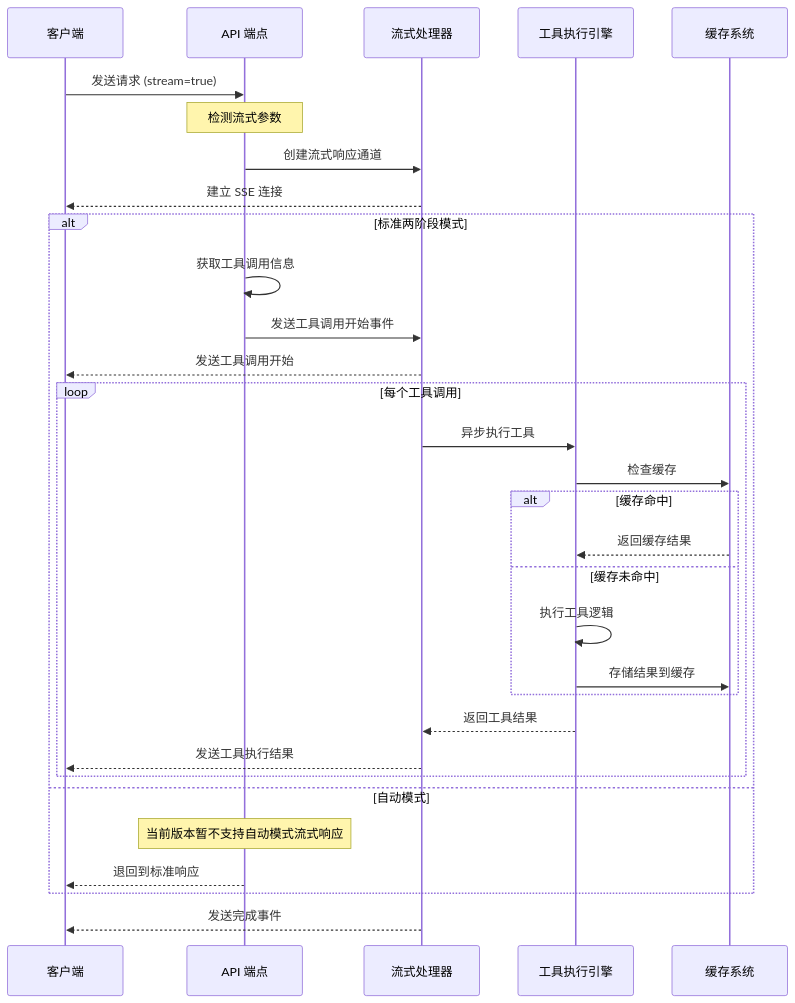
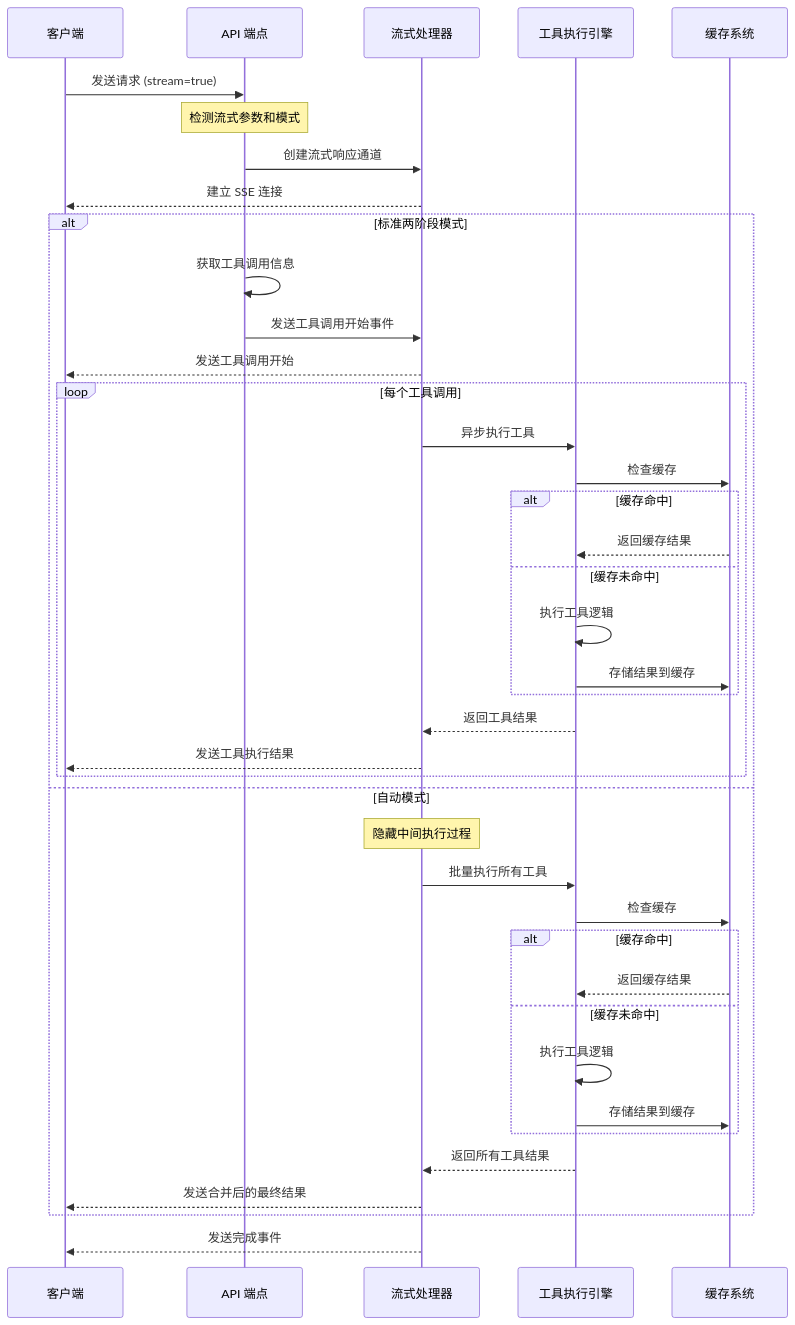
One commit to DellDi/tools-aigc changed the first of 2 diagrams in docs/streaming.md. Above: the diagram before and after it, drawn with Mermaid. The commit also changed other lines of this file and 4 other files, not shown here.

````diff
--- a/docs/streaming.md
+++ b/docs/streaming.md
@@ -13,42 +13,54 @@
 ```mermaid
 sequenceDiagram
     participant Client as 客户端
     participant API as API 端点
     participant Stream as 流式处理器
     participant Tools as 工具执行引擎
     participant Cache as 缓存系统
     
     Client->>API: 发送请求 (stream=true)
-    Note over API: 检测流式参数
+    Note over API: 检测流式参数和模式
     
     API->>Stream: 创建流式响应通道
     Stream-->>Client: 建立 SSE 连接
     
     alt 标准两阶段模式
         API->>API: 获取工具调用信息
         API->>Stream: 发送工具调用开始事件
         Stream-->>Client: 发送工具调用开始
         
         loop 每个工具调用
             Stream->>Tools: 异步执行工具
             
             Tools->>Cache: 检查缓存
             
             alt 缓存命中
                 Cache-->>Tools: 返回缓存结果
             else 缓存未命中
                 Tools->>Tools: 执行工具逻辑
                 Tools->>Cache: 存储结果到缓存
             end
             
             Tools-->>Stream: 返回工具结果
             Stream-->>Client: 发送工具执行结果
         end
         
     else 自动模式
-        Note over API: 当前版本暂不支持自动模式流式响应
-        API-->>Client: 退回到标准响应
+        Note over Stream: 隐藏中间执行过程
+        Stream->>Tools: 批量执行所有工具
+        
+        Tools->>Cache: 检查缓存
+        
+        alt 缓存命中
+            Cache-->>Tools: 返回缓存结果
+        else 缓存未命中
+            Tools->>Tools: 执行工具逻辑
+            Tools->>Cache: 存储结果到缓存
+        end
+        
+        Tools-->>Stream: 返回所有工具结果
+        Stream-->>Client: 发送合并后的最终结果
     end
     
     Stream-->>Client: 发送完成事件
 ```
````
